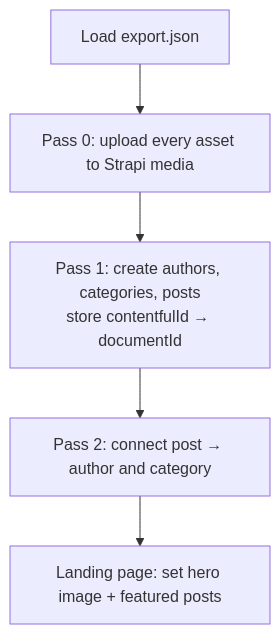
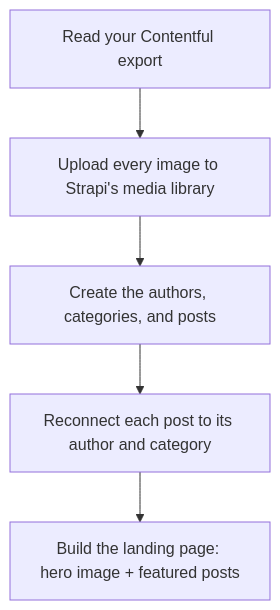
Before and after one commit to PaulBratslavsky/contentfull-to-strapi-migration-post: the second of 2 diagrams in migration-guide.md, drawn with Mermaid. The commit also changed other lines of this file and 2 other files, not shown here.

First line of the commit message:
Fix seed migration loading + finish skill-centric post rewrite

````diff
--- a/migration-guide.md
+++ b/migration-guide.md
@@ -287,7 +219,7 @@
 ```mermaid
 flowchart TD
-    A[Load export.json] --> B[Pass 0: upload every asset to Strapi media]
-    B --> C[Pass 1: create authors, categories, posts<br/>store contentfulId → documentId]
-    C --> D[Pass 2: connect post → author and category]
-    D --> E[Landing page: set hero image + featured posts]
+    A[Read your Contentful export] --> B[Upload every image to Strapi's media library]
+    B --> C[Create the authors, categories, and posts]
+    C --> D[Reconnect each post to its author and category]
+    D --> E[Build the landing page: hero image + featured posts]
 ```
````
